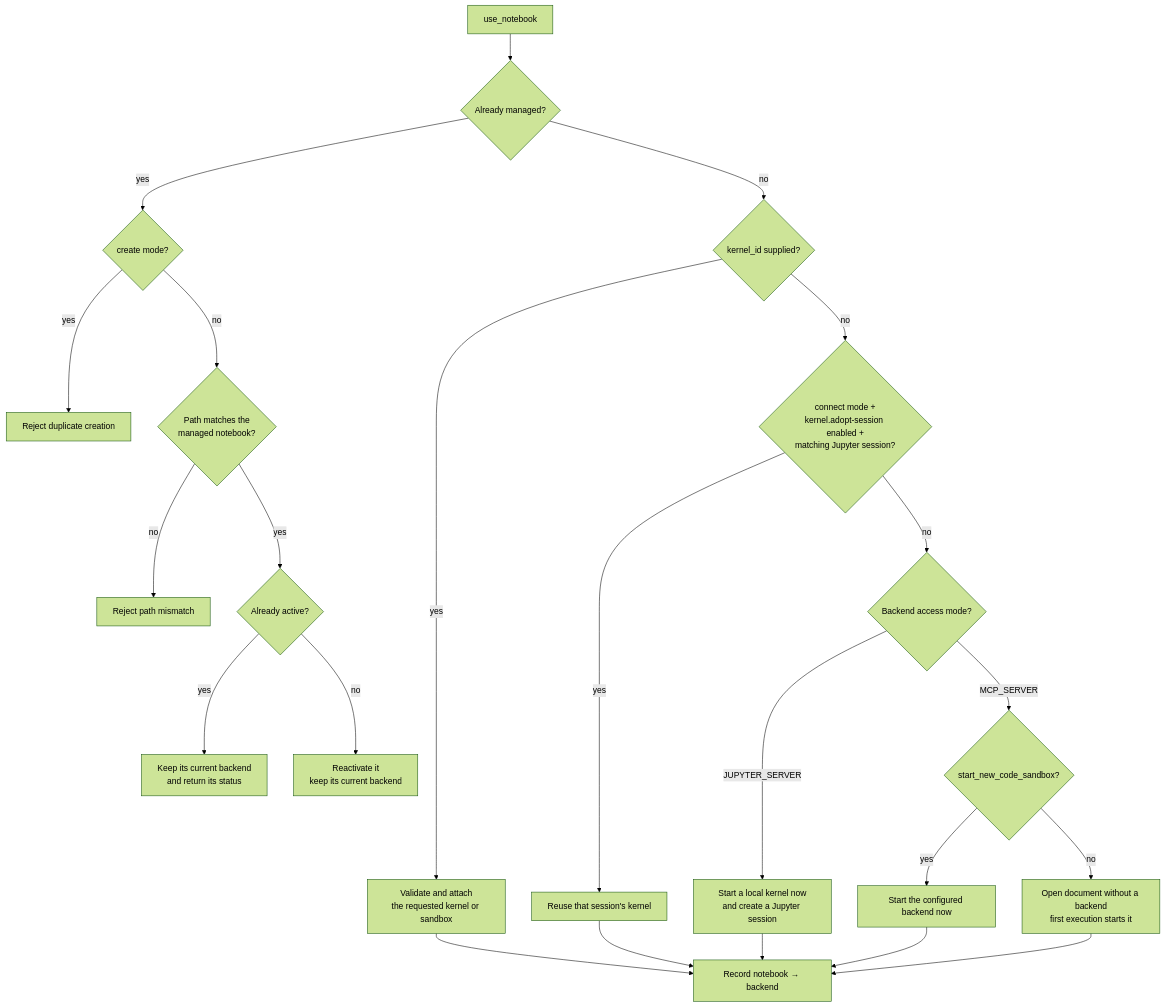
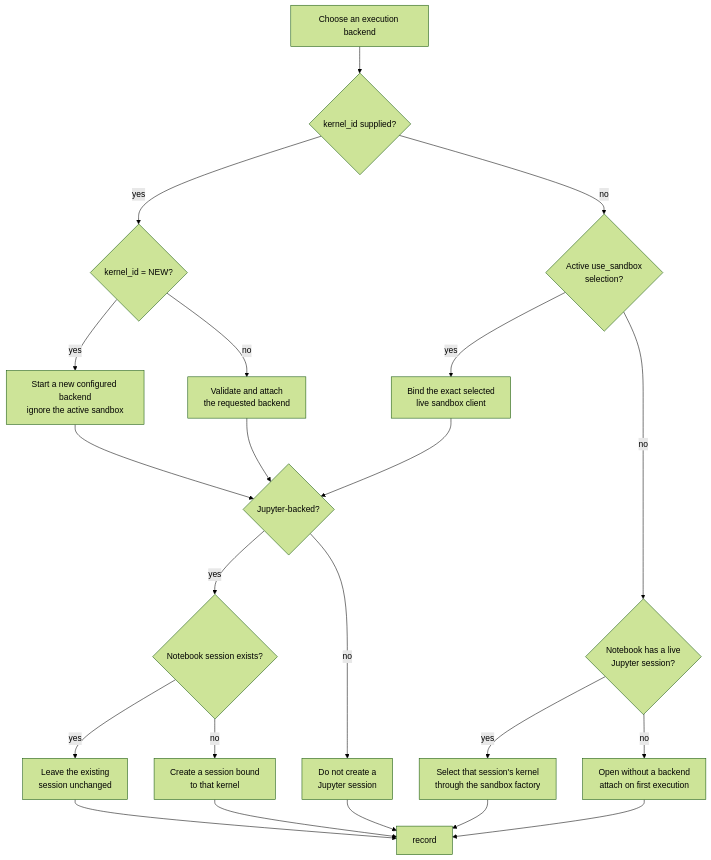
Before and after one commit to datalayer/jupyter-mcp-server: the fifth of 5 diagrams in docs/docs/architecture/index.mdx, drawn with Mermaid (forest theme). The commit also changed other lines of this file and 1 other file, not shown here.

````diff
--- a/docs/docs/architecture/index.mdx
+++ b/docs/docs/architecture/index.mdx
@@ -143,28 +165,28 @@
 ```mermaid
 flowchart TD
-    start["use_notebook"] --> known{"Already managed?"}
-    known -- "yes" --> createAgain{"create mode?"}
-    createAgain -- "yes" --> duplicateError["Reject duplicate creation"]
-    createAgain -- "no" --> pathMatches{"Path matches the<br/>managed notebook?"}
-    pathMatches -- "no" --> pathError["Reject path mismatch"]
-    pathMatches -- "yes" --> active{"Already active?"}
-    active -- "yes" --> keep["Keep its current backend<br/>and return its status"]
-    active -- "no" --> reactivate["Reactivate it<br/>keep its current backend"]
-    known -- "no" --> explicit{"kernel_id supplied?"}
+    start["Choose an execution backend"] --> explicit{"kernel_id supplied?"}
 
-    explicit -- "yes" --> attach["Validate and attach<br/>the requested kernel or sandbox"]
-    explicit -- "no" --> adopt{"connect mode +<br/>kernel.adopt-session enabled +<br/>matching Jupyter session?"}
-    adopt -- "yes" --> reuse["Reuse that session's kernel"]
-    adopt -- "no" --> mode{"Backend access mode?"}
+    explicit -- "yes" --> newRequested{"kernel_id = NEW?"}
+    newRequested -- "yes" --> provision["Start a new configured backend<br/>ignore the active sandbox"]
+    newRequested -- "no" --> validate["Validate and attach<br/>the requested backend"]
 
-    mode -- "JUPYTER_SERVER" --> localKernel["Start a local kernel now<br/>and create a Jupyter session"]
-    mode -- "MCP_SERVER" --> eager{"start_new_code_sandbox?"}
-    eager -- "yes" --> startBackend["Start the configured backend now"]
-    eager -- "no" --> lazy["Open document without a backend<br/>first execution starts it"]
+    explicit -- "no" --> selected{"Active use_sandbox<br/>selection?"}
+    selected -- "yes" --> useSelected["Bind the exact selected<br/>live sandbox client"]
+    selected -- "no" --> liveSession{"Notebook has a live<br/>Jupyter session?"}
+    liveSession -- "yes" --> useSession["Select that session's kernel<br/>through the sandbox factory"]
+    liveSession -- "no" --> lazy["Open without a backend<br/>attach on first execution"]
 
-    attach --> record["Record notebook → backend"]
-    reuse --> record
-    localKernel --> record
-    startBackend --> record
+    provision --> jupyter{"Jupyter-backed?"}
+    validate --> jupyter
+    jupyter -- "yes" --> session{"Notebook session exists?"}
+    session -- "yes" --> keepSession["Leave the existing<br/>session unchanged"]
+    session -- "no" --> createSession["Create a session bound<br/>to that kernel"]
+    jupyter -- "no" --> noSession["Do not create a<br/>Jupyter session"]
+
+    useSelected --> jupyter
+    useSession --> record
     lazy --> record
+    keepSession --> record
+    createSession --> record
+    noSession --> record
 ```
````
